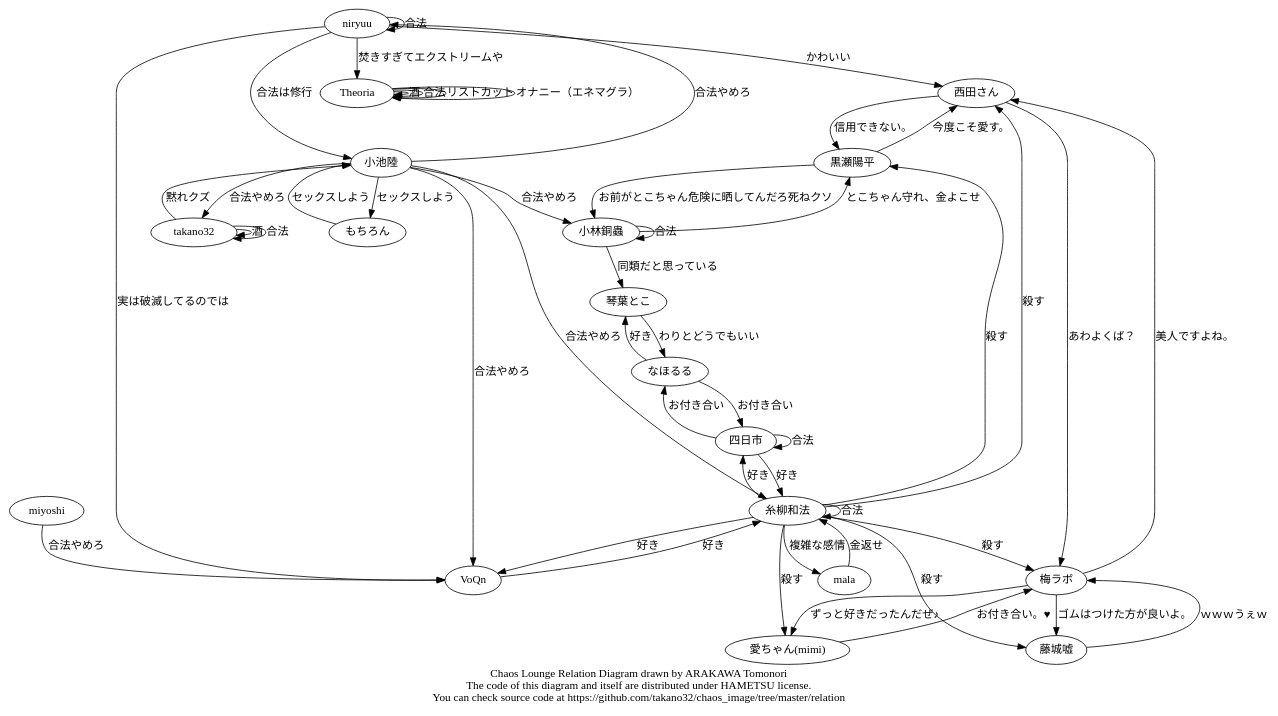
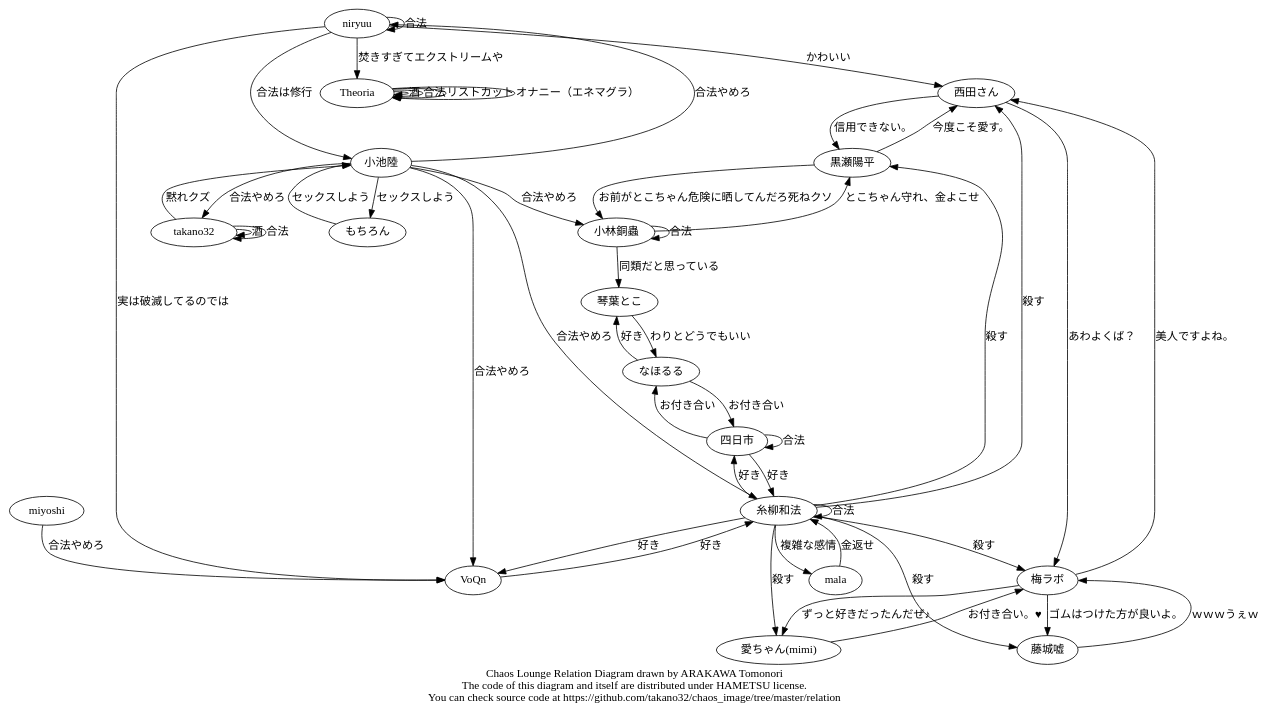
One commit to hametsu/chaos_image changed the diagram in relation/chaos.dot. Above: the diagram before and after it, drawn with Graphviz. The commit also changed other lines of this file, not shown here.

```diff
--- a/relation/chaos.dot
+++ b/relation/chaos.dot
@@ -1,57 +1,57 @@
 digraph Chaos {
   Theoria   -> Theoria  [label = "酒"];
   Theoria   -> Theoria  [label = "合法"];
   Theoria   -> Theoria  [label = "リストカット"];
   Theoria   -> Theoria  [label = "オナニー（エネマグラ）"];
   梅ラボ    -> 藤城嘘   [label = "ゴムはつけた方が良いよ。"];
   梅ラボ    -> 西田さん [label = "美人ですよね。"];
   梅ラボ -> "愛ちゃん(mimi)" [label = "ずっと好きだったんだぜ♪"];
   藤城嘘   -> 梅ラボ   [label = "ｗｗｗうぇｗ"];
   西田さん -> 梅ラボ   [label = "あわよくば？"];
   西田さん -> 黒瀬陽平 [label = "信用できない。"];
   黒瀬陽平 -> 西田さん [label = "今度こそ愛す。"];
   黒瀬陽平 -> 小林銅蟲 [label = "お前がとこちゃん危険に晒してんだろ死ねクソ"];
   "愛ちゃん(mimi)" -> 梅ラボ [label = "お付き合い。♥"];
   糸柳和法 -> 梅ラボ  [label = "殺す"];
   糸柳和法 -> 藤城嘘   [label = "殺す"];
   糸柳和法 -> 黒瀬陽平 [label = "殺す"];
   糸柳和法 -> 西田さん [label = "殺す"];
   糸柳和法 -> "愛ちゃん(mimi)" [label = "殺す"];
   糸柳和法 -> 四日市 [label = "好き"];
   糸柳和法 -> VoQn [label = "好き"];
   糸柳和法 -> mala [label = "複雑な感情"];
   糸柳和法 -> 糸柳和法 [label = "合法"];
   mala -> 糸柳和法 [label = "金返せ"];
   小池陸 -> 糸柳和法 [label = "合法やめろ"];
   小池陸 -> takano32 [label = "合法やめろ"];
   小池陸 -> 小林銅蟲 [label = "合法やめろ"];
   小池陸 -> VoQn [label = "合法やめろ"];
   小池陸 -> もちろん [label = "セックスしよう"];
+  小池陸 -> niryuu [label = "合法やめろ"];
   もちろん -> 小池陸 [label = "セックスしよう"];
   miyoshi -> VoQn [label = "合法やめろ"];
   小林銅蟲 -> 黒瀬陽平 [label = "とこちゃん守れ、金よこせ"];
   小林銅蟲 -> 琴葉とこ [label = "同類だと思っている"];
   小林銅蟲 -> 小林銅蟲 [label = "合法"];
   takano32 -> 小池陸 [label = "黙れクズ"];
   takano32 -> takano32 [label = "酒"];
   takano32 -> takano32 [label = "合法"];
   なほるる -> 琴葉とこ [label = "好き"];
   なほるる -> 四日市 [label = "お付き合い"];
   琴葉とこ -> なほるる [label = "わりとどうでもいい"];
   四日市 -> なほるる [label = "お付き合い"];
   四日市 -> 糸柳和法 [label = "好き"];
   四日市 -> 四日市 [label = "合法"];
   VoQn -> 糸柳和法 [label = "好き"];
-  小池陸 -> niryuu [label = "合法やめろ"];
   niryuu -> 小池陸 [label = "合法は修行"];
   niryuu -> niryuu [label = "合法"];
   niryuu -> Theoria [label = "焚きすぎてエクストリームや"];
   niryuu -> VoQn [label = "実は破滅してるのでは"];
   niryuu -> 西田さん [label = "かわいい"];
   subgraph cluster_hoge {
     style = filled;
     color = lightgrey;
     // see also http://graphviz.org/content/cluster
   }
   label = "Chaos Lounge Relation Diagram drawn by ARAKAWA Tomonori\nThe code of this diagram and itself are distributed under HAMETSU license.\nYou can check source code at https://github.com/takano32/chaos_image/tree/master/relation";
 }
```
